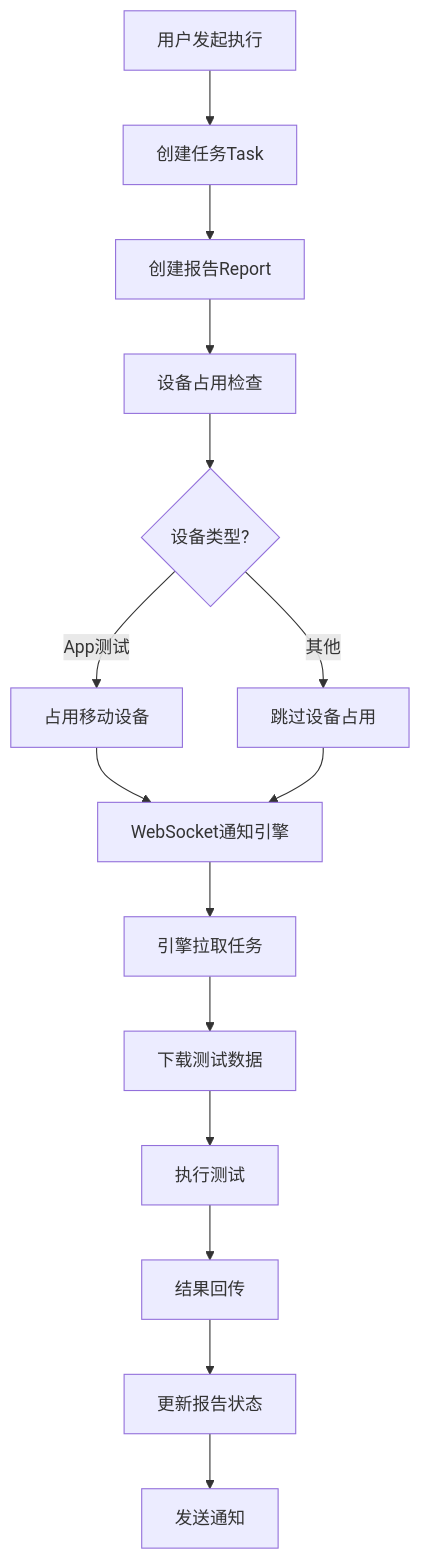
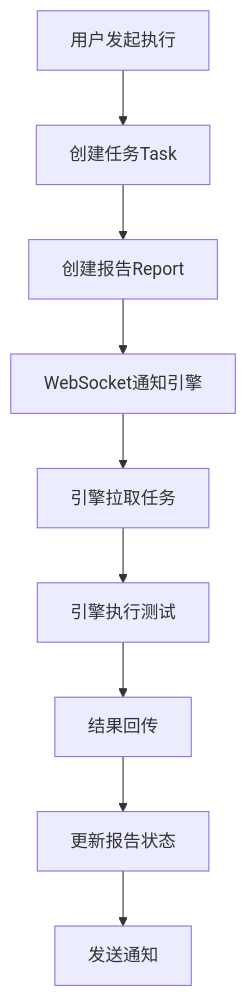
One commit to qdbin/TestPlatform changed the second of 6 diagrams in platform-backend/README.md. Above: the diagram before and after it, drawn with Mermaid. The commit also changed other lines of this file and 74 other files, not shown here.

````diff
--- a/platform-backend/README.md
+++ b/platform-backend/README.md
@@ -112,17 +186,11 @@
 ```mermaid
 flowchart TD
     A[用户发起执行] --> B[创建任务Task]
     B --> C[创建报告Report]
-    C --> D[设备占用检查]
-    D --> E{设备类型?}
-    E -->|App测试| F[占用移动设备]
-    E -->|其他| G[跳过设备占用]
-    F --> H[WebSocket通知引擎]
-    G --> H
-    H --> I[引擎拉取任务]
-    I --> J[下载测试数据]
-    J --> K[执行测试]
-    K --> L[结果回传]
-    L --> M[更新报告状态]
-    M --> N[发送通知]
+    C --> D[WebSocket通知引擎]
+    D --> E[引擎拉取任务]
+    E --> F[引擎执行测试]
+    F --> G[结果回传]
+    G --> H[更新报告状态]
+    H --> I[发送通知]
 ```
````
